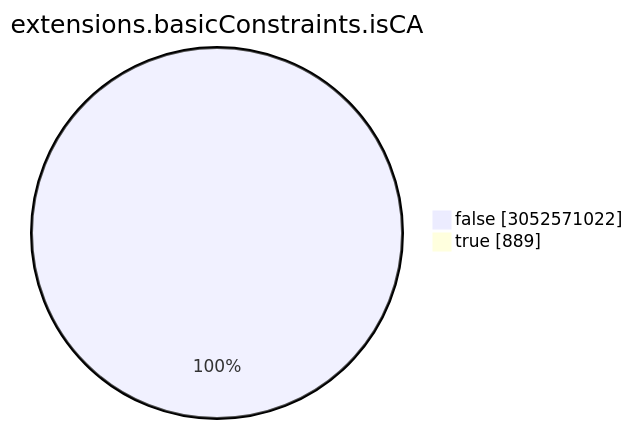
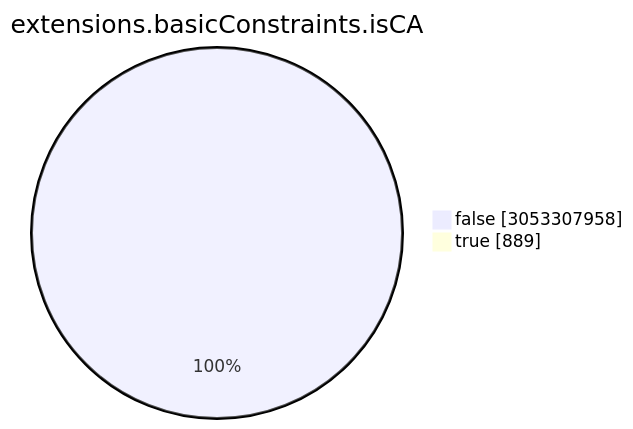
One commit to christiankrug/ctmonitor_visualization changed the seventh of 15 diagrams in TOTAL/README.md. Above: the diagram before and after it, drawn with Mermaid. The commit also changed other lines of this file, not shown here.

````diff
--- a/TOTAL/README.md
+++ b/TOTAL/README.md
@@ -3088,6 +3088,6 @@
 ```mermaid
 pie showData
 title extensions.basicConstraints.isCA
-"false" :3052571022
+"false" :3053307958
 "true" :889
 ```
````
